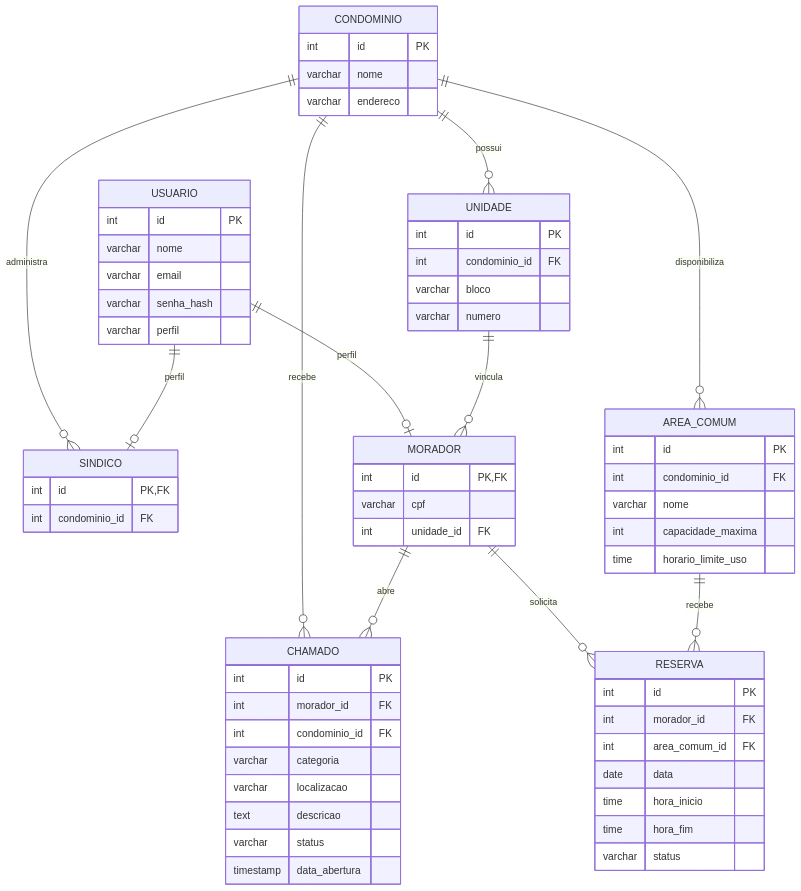
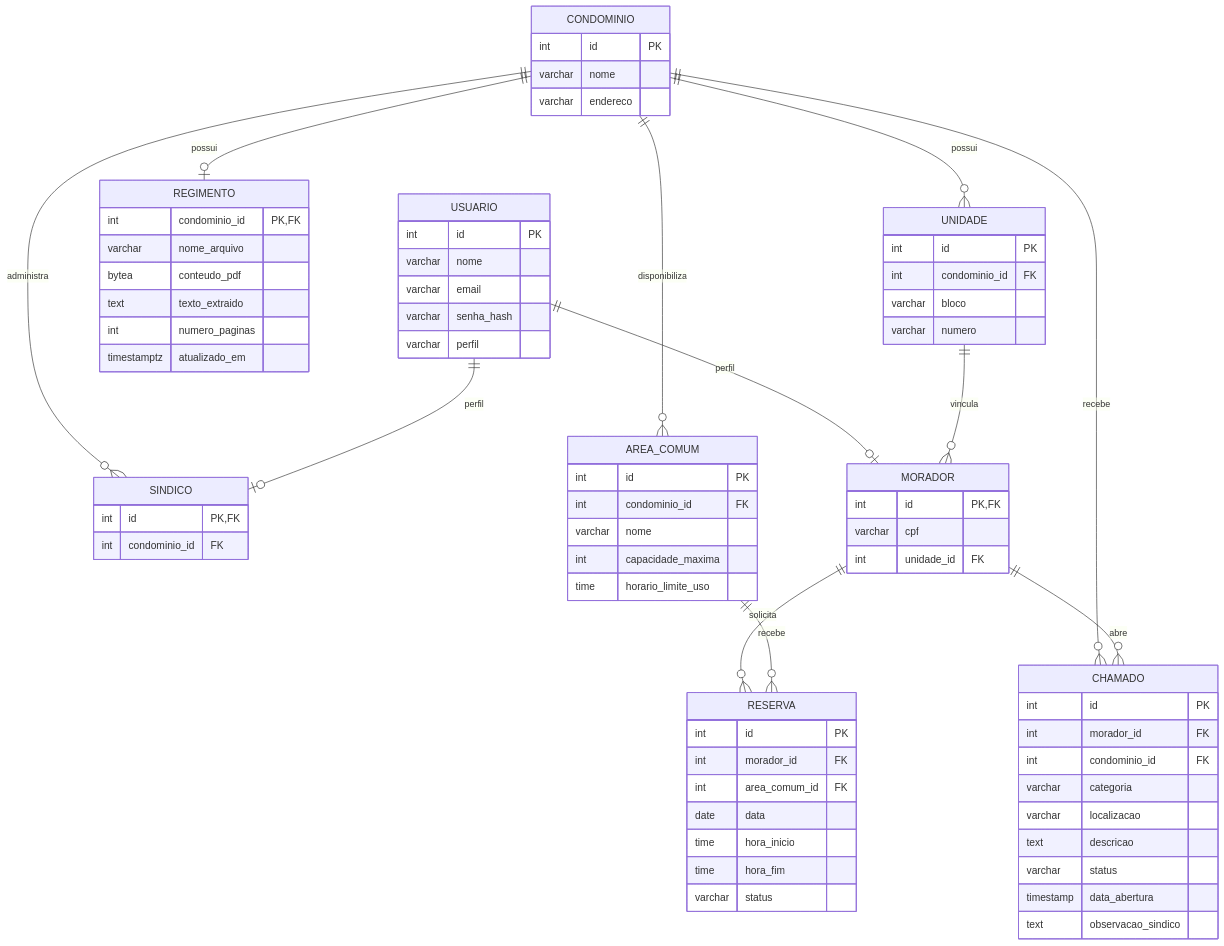
Before and after one commit to marcus0milan/vivacondo: the diagram in docs/modelagem/e3b.md, drawn with Mermaid. The commit also changed other lines of this file and 23 other files, not shown here.

````diff
--- a/docs/modelagem/e3b.md
+++ b/docs/modelagem/e3b.md
@@ -9,67 +9,77 @@
 ```mermaid
 erDiagram
     CONDOMINIO ||--o{ UNIDADE : possui
     CONDOMINIO ||--o{ SINDICO : administra
     CONDOMINIO ||--o{ AREA_COMUM : disponibiliza
     CONDOMINIO ||--o{ CHAMADO : recebe
+    CONDOMINIO ||--o| REGIMENTO : possui
     USUARIO ||--o| SINDICO : perfil
     USUARIO ||--o| MORADOR : perfil
     UNIDADE ||--o{ MORADOR : vincula
     MORADOR ||--o{ RESERVA : solicita
     AREA_COMUM ||--o{ RESERVA : recebe
     MORADOR ||--o{ CHAMADO : abre
 
     CONDOMINIO {
         int id PK
         varchar nome
         varchar endereco
     }
     USUARIO {
         int id PK
         varchar nome
         varchar email
         varchar senha_hash
         varchar perfil
     }
     UNIDADE {
         int id PK
         int condominio_id FK
         varchar bloco
         varchar numero
     }
     SINDICO {
         int id PK,FK
         int condominio_id FK
     }
     MORADOR {
         int id PK,FK
         varchar cpf
         int unidade_id FK
     }
     AREA_COMUM {
         int id PK
         int condominio_id FK
         varchar nome
         int capacidade_maxima
         time horario_limite_uso
     }
     RESERVA {
         int id PK
         int morador_id FK
         int area_comum_id FK
         date data
         time hora_inicio
         time hora_fim
         varchar status
     }
     CHAMADO {
         int id PK
         int morador_id FK
         int condominio_id FK
         varchar categoria
         varchar localizacao
         text descricao
         varchar status
         timestamp data_abertura
+        text observacao_sindico
+    }
+    REGIMENTO {
+        int condominio_id PK,FK
+        varchar nome_arquivo
+        bytea conteudo_pdf
+        text texto_extraido
+        int numero_paginas
+        timestamptz atualizado_em
     }
 ```
````
